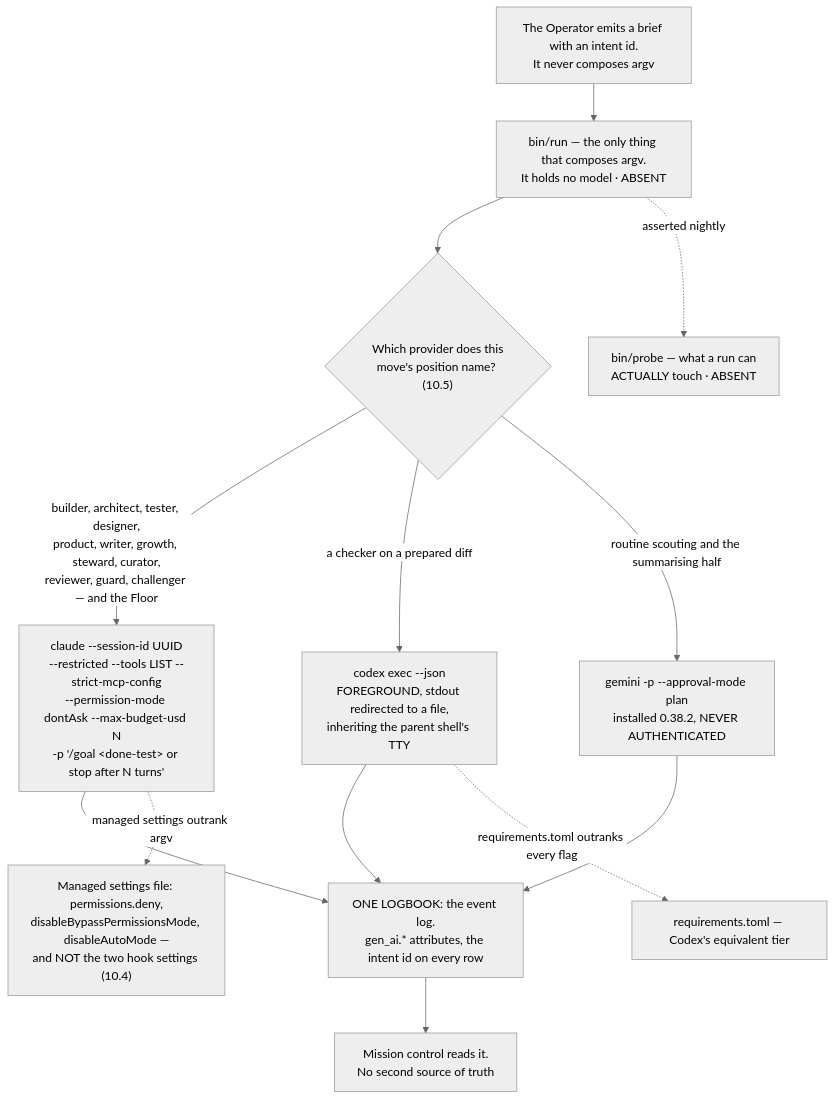
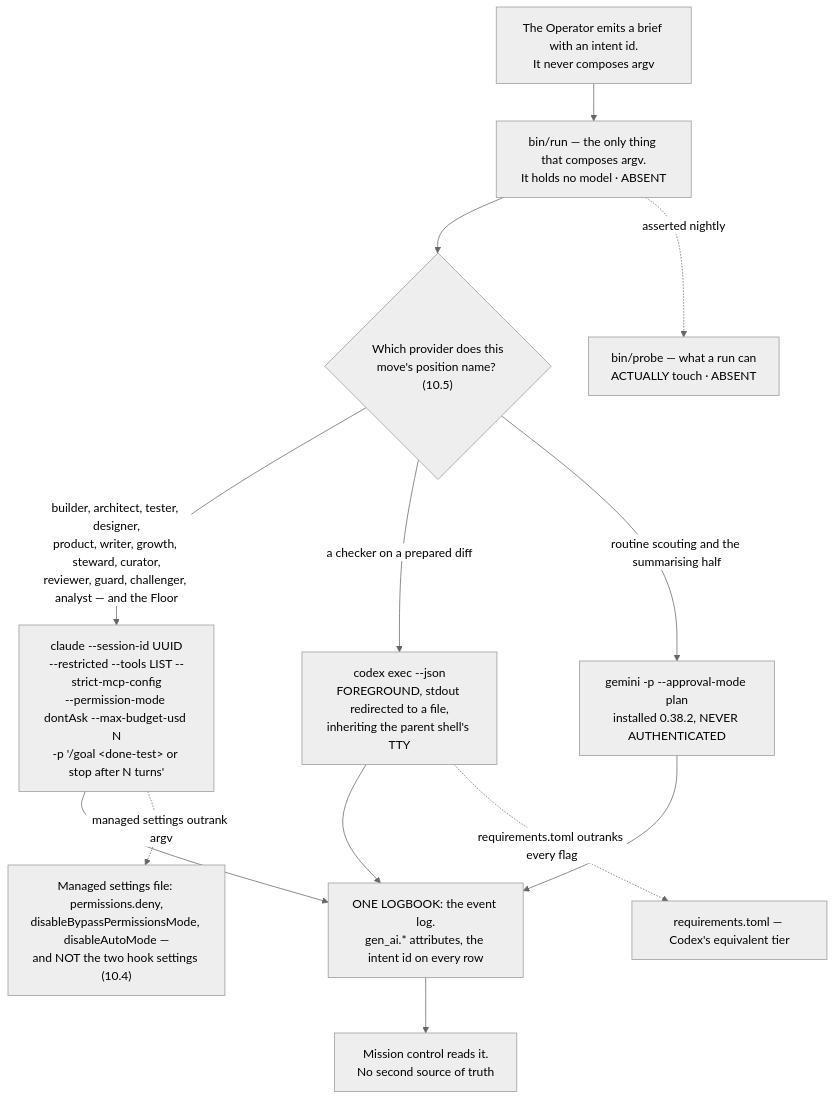
One commit to Adam077K/agentvibe changed the diagram in docs/03-system-design/final-v2/parts/10-codex-and-claude-code.md. Above: the diagram before and after it, drawn with Mermaid (neutral theme). The commit also changed other lines of this file and 20 other files, not shown here.

````diff
--- a/docs/03-system-design/final-v2/parts/10-codex-and-claude-code.md
+++ b/docs/03-system-design/final-v2/parts/10-codex-and-claude-code.md
@@ -37,15 +37,15 @@
 ```mermaid
 flowchart TD
     OP["The Operator emits a brief with an intent id.<br/>It never composes argv"] --> RUN["bin/run — the only thing that composes argv.<br/>It holds no model · ABSENT"]
     RUN --> PICK{"Which provider does this<br/>move's position name? (10.5)"}
-    PICK -->|"builder, architect, tester, designer,<br/>product, writer, growth, steward, curator,<br/>reviewer, guard, challenger — and the Floor"| CC["claude --session-id UUID<br/>--restricted --tools LIST --strict-mcp-config<br/>--permission-mode dontAsk --max-budget-usd N<br/>-p '/goal &lt;done-test&gt; or stop after N turns'"]
+    PICK -->|"builder, architect, tester, designer,<br/>product, writer, growth, steward, curator,<br/>reviewer, guard, challenger, analyst — and the Floor"| CC["claude --session-id UUID<br/>--restricted --tools LIST --strict-mcp-config<br/>--permission-mode dontAsk --max-budget-usd N<br/>-p '/goal &lt;done-test&gt; or stop after N turns'"]
     PICK -->|"a checker on a prepared diff"| CX["codex exec --json<br/>FOREGROUND, stdout redirected to a file,<br/>inheriting the parent shell's TTY"]
     PICK -->|"routine scouting and the summarising half"| GM["gemini -p --approval-mode plan<br/>installed 0.38.2, NEVER AUTHENTICATED"]
     CC --> LOG["ONE LOGBOOK: the event log.<br/>gen_ai.* attributes, the intent id on every row"]
     CX --> LOG
     GM --> LOG
     LOG --> MC["Mission control reads it.<br/>No second source of truth"]
     CC -.->|"managed settings outrank argv"| MS["Managed settings file: permissions.deny,<br/>disableBypassPermissionsMode, disableAutoMode —<br/>and NOT the two hook settings (10.4)"]
     CX -.->|"requirements.toml outranks every flag"| RQ["requirements.toml — Codex's equivalent tier"]
     RUN -.->|"asserted nightly"| PROBE["bin/probe — what a run can<br/>ACTUALLY touch · ABSENT"]
 ```
````
